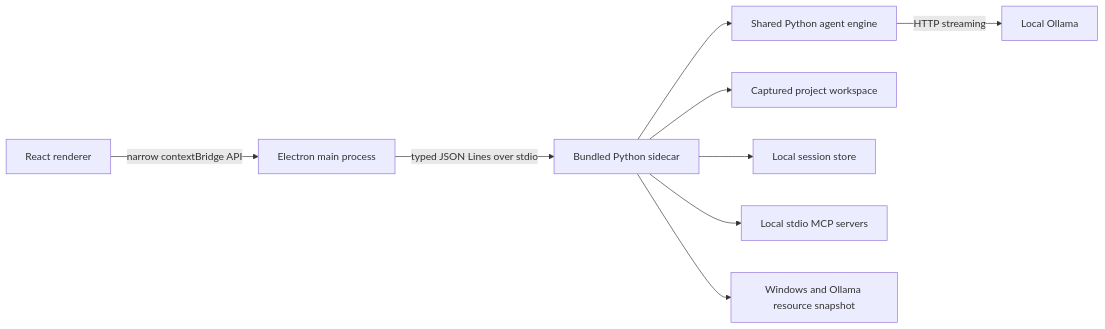
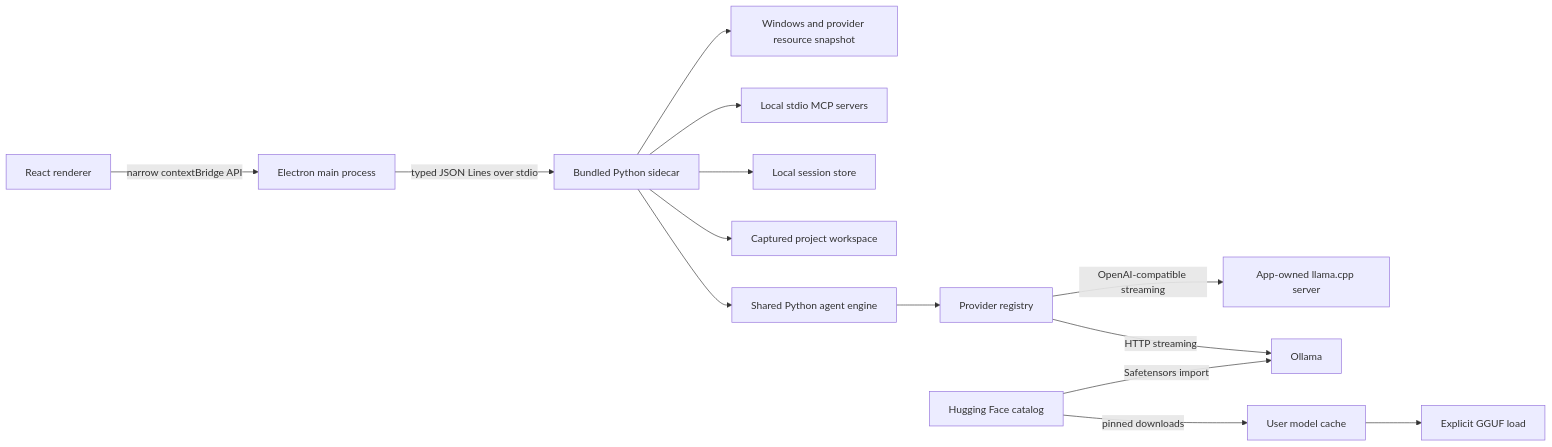
Before and after one commit to MrNova420/local-agent-workbench: the diagram in docs/ARCHITECTURE.md, drawn with Mermaid. The commit also changed other lines of this file and 23 other files, not shown here.

Commit message:
feat: add Hugging Face model library and runtime controls

````diff
--- a/docs/ARCHITECTURE.md
+++ b/docs/ARCHITECTURE.md
@@ -5,11 +5,16 @@
 ```mermaid
 flowchart LR
   UI[React renderer] -->|narrow contextBridge API| Main[Electron main process]
   Main -->|typed JSON Lines over stdio| Worker[Bundled Python sidecar]
   Worker --> Engine[Shared Python agent engine]
-  Engine -->|HTTP streaming| Ollama[Local Ollama]
+  Engine --> Registry[Provider registry]
+  Registry -->|HTTP streaming| Ollama[Ollama]
+  Registry -->|OpenAI-compatible streaming| Llama[App-owned llama.cpp server]
+  HF[Hugging Face catalog] -->|pinned downloads| Cache[User model cache]
+  Cache --> GGUF[Explicit GGUF load]
+  HF -->|Safetensors import| Ollama
   Worker --> Project[Captured project workspace]
   Worker --> Sessions[Local session store]
   Worker --> MCP[Local stdio MCP servers]
-  Worker --> Telemetry[Windows and Ollama resource snapshot]
+  Worker --> Telemetry[Windows and provider resource snapshot]
 ```
````
